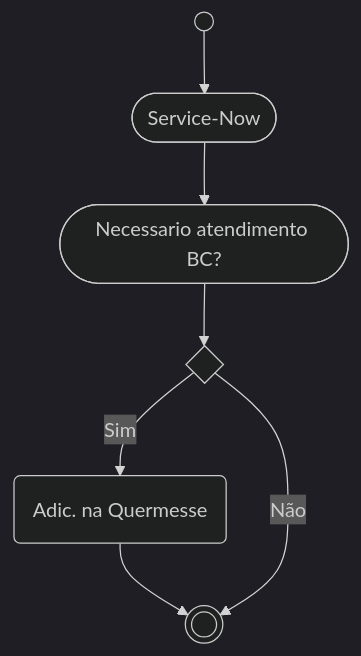
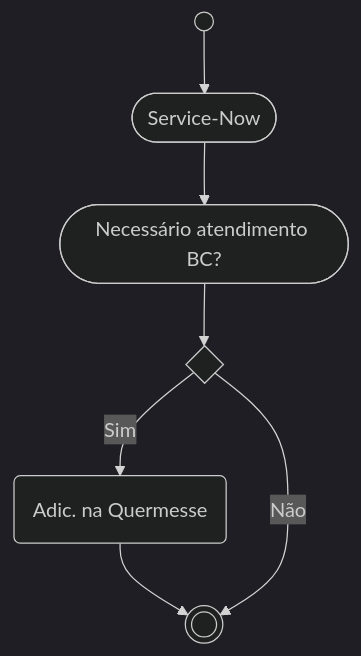
The first of 3 diagrams in README.md (edmilson-nascimento/Quermesse), drawn with Mermaid (dark theme) before and after one commit. The commit also changed other lines of this file, not shown here.

````diff
--- a/README.md
+++ b/README.md
@@ -50,14 +50,14 @@
 ```mermaid
 %%{ init: { 'flowchart': { 'curve': 'basis' } } }%%
 flowchart TB
 
     Begin((" ")):::startClass --> service-now([Service-Now])
-    service-now --> Atendimento-BC(["Necessario atendimento BC?"])
+    service-now --> Atendimento-BC(["Necessário atendimento BC?"])
     Atendimento-BC --> Q1{" "}
 
     Q1 -- Sim --> Quermesse("Adic. na Quermesse") 
             --> End
     Q1 -- Não -->
 
 End(((" "))):::endClass
 ```
````
